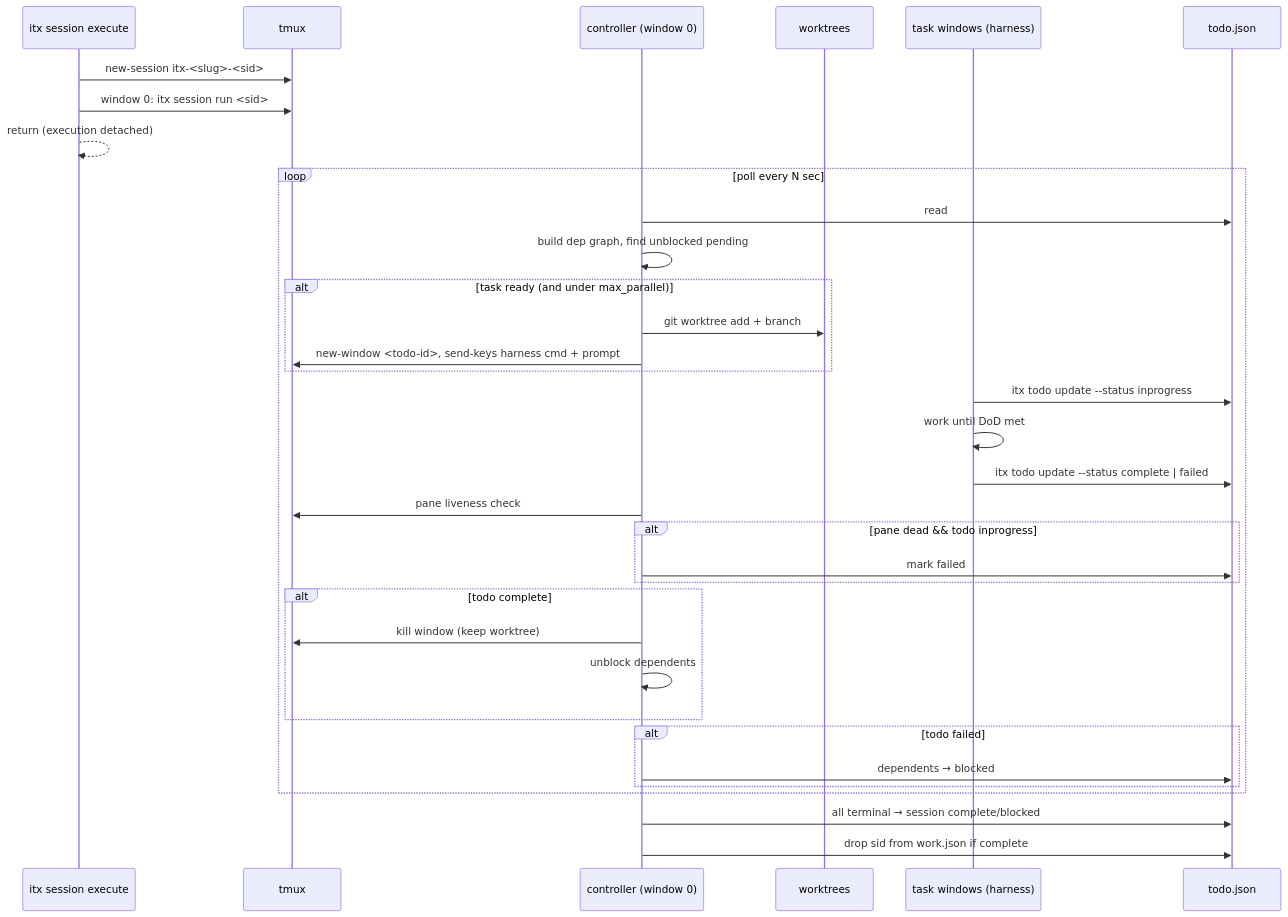
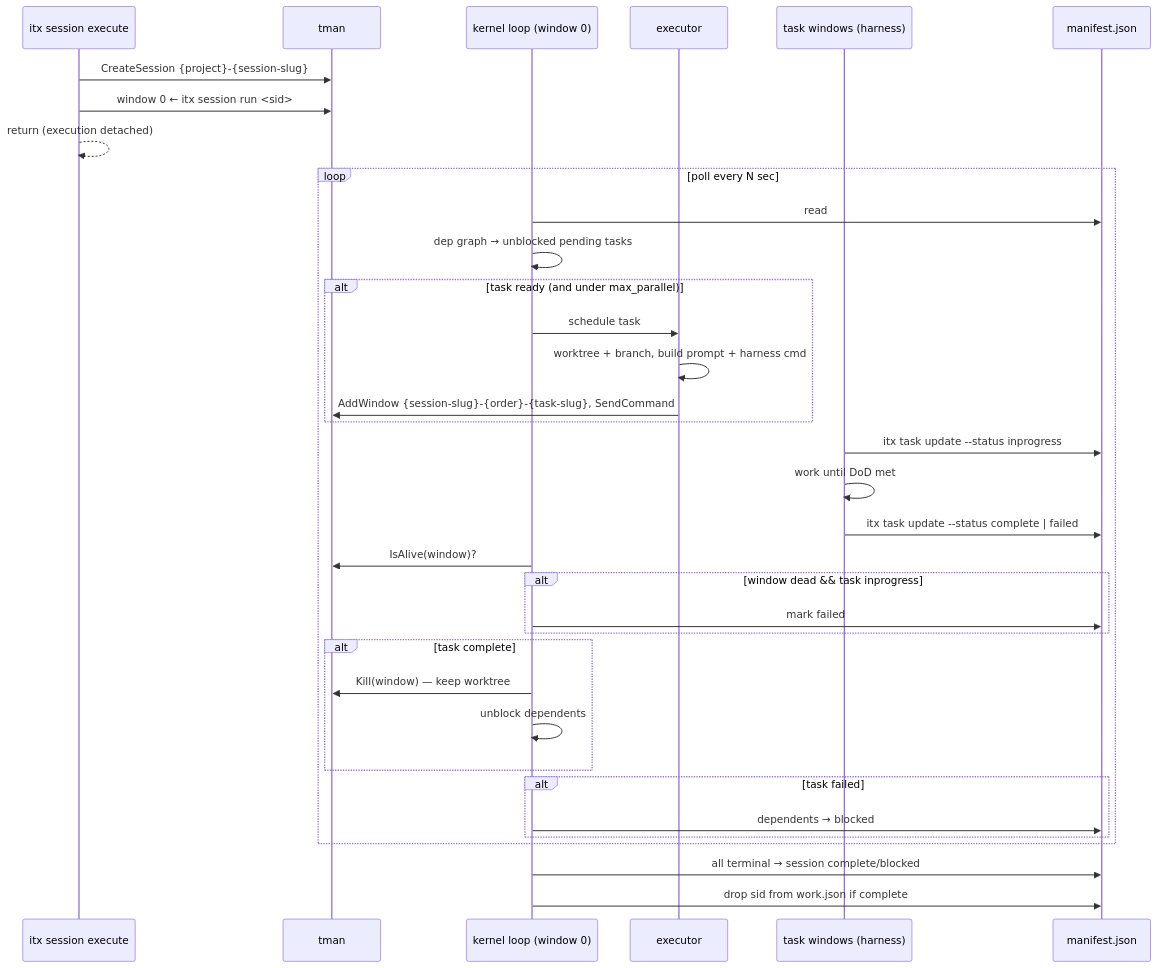
The fourth of 5 diagrams in design/arch.md (ric03uec/itx), drawn with Mermaid before and after one commit. The commit also changed other lines of this file and 4 other files, not shown here.

Commit message:
docs: restructure architecture — kernel core, tman terminal manager, executor, llm adapter; standardize terminology in DOMAIN.md (manifest/task/window)

````diff
--- a/design/arch.md
+++ b/design/arch.md
@@ -94,38 +123,39 @@
 ```mermaid
 sequenceDiagram
     participant EXE as itx session execute
-    participant TM as tmux
-    participant CTRL as controller (window 0)
-    participant WT as worktrees
-    participant TW as task windows (harness)
-    participant TJ as todo.json
+    participant T as tman
+    participant K as kernel loop (window 0)
+    participant X as executor
+    participant W as task windows (harness)
+    participant M as manifest.json
 
-    EXE->>TM: new-session itx-<slug>-<sid>
-    EXE->>TM: window 0: itx session run <sid>
+    EXE->>T: CreateSession {project}-{session-slug}
+    EXE->>T: window 0 ← itx session run <sid>
     EXE-->>EXE: return (execution detached)
 
     loop poll every N sec
-        CTRL->>TJ: read
-        CTRL->>CTRL: build dep graph, find unblocked pending
+        K->>M: read
+        K->>K: dep graph → unblocked pending tasks
         alt task ready (and under max_parallel)
-            CTRL->>WT: git worktree add + branch
-            CTRL->>TM: new-window <todo-id>, send-keys harness cmd + prompt
+            K->>X: schedule task
+            X->>X: worktree + branch, build prompt + harness cmd
+            X->>T: AddWindow {session-slug}-{order}-{task-slug}, SendCommand
         end
-        TW->>TJ: itx todo update --status inprogress
-        TW->>TW: work until DoD met
-        TW->>TJ: itx todo update --status complete | failed
-        CTRL->>TM: pane liveness check
-        alt pane dead && todo inprogress
-            CTRL->>TJ: mark failed
+        W->>M: itx task update --status inprogress
+        W->>W: work until DoD met
+        W->>M: itx task update --status complete | failed
+        K->>T: IsAlive(window)?
+        alt window dead && task inprogress
+            K->>M: mark failed
         end
-        alt todo complete
-            CTRL->>TM: kill window (keep worktree)
-            CTRL->>CTRL: unblock dependents
+        alt task complete
+            K->>T: Kill(window)  — keep worktree
+            K->>K: unblock dependents
         end
-        alt todo failed
-            CTRL->>TJ: dependents → blocked
+        alt task failed
+            K->>M: dependents → blocked
         end
     end
-    CTRL->>TJ: all terminal → session complete/blocked
-    CTRL->>TJ: drop sid from work.json if complete
+    K->>M: all terminal → session complete/blocked
+    K->>M: drop sid from work.json if complete
 ```
````
